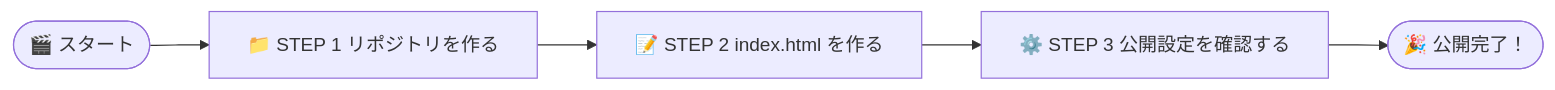
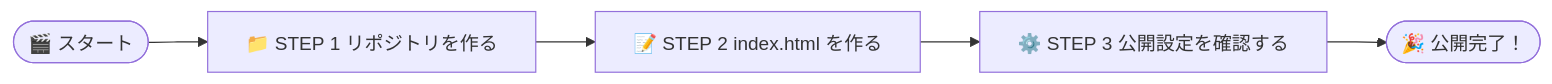
Before and after one commit to DMARU9/DMARU9.github.io: the diagram in src/content/blog/github-pages-intro.md, drawn with Mermaid. The commit also changed 4 other files, not shown here.

First line of the commit message:
feat(mermaid): Mermaid図のライトボックス対応と日本語フォント設定を修正

````diff
--- a/src/content/blog/github-pages-intro.md
+++ b/src/content/blog/github-pages-intro.md
@@ -98,9 +98,9 @@
 ```mermaid
-%%{init: {"htmlLabels": true, "flowchart": {"wrappingWidth": 320, "padding": 16}, "fontSize": 14} }%%
+%%{init: {"htmlLabels": false, "flowchart": {"wrappingWidth": 320, "padding": 16}, "fontSize": 14} }%%
 flowchart LR
     Start(["🎬 スタート"])
     Start --> Step1["📁 STEP 1 リポジトリを作る"]
     Step1 --> Step2["📝 STEP 2 index.html を作る"]
     Step2 --> Step3["⚙️ STEP 3 公開設定を確認する"]
     Step3 --> Done(["🎉 公開完了！"])
 ```
````
